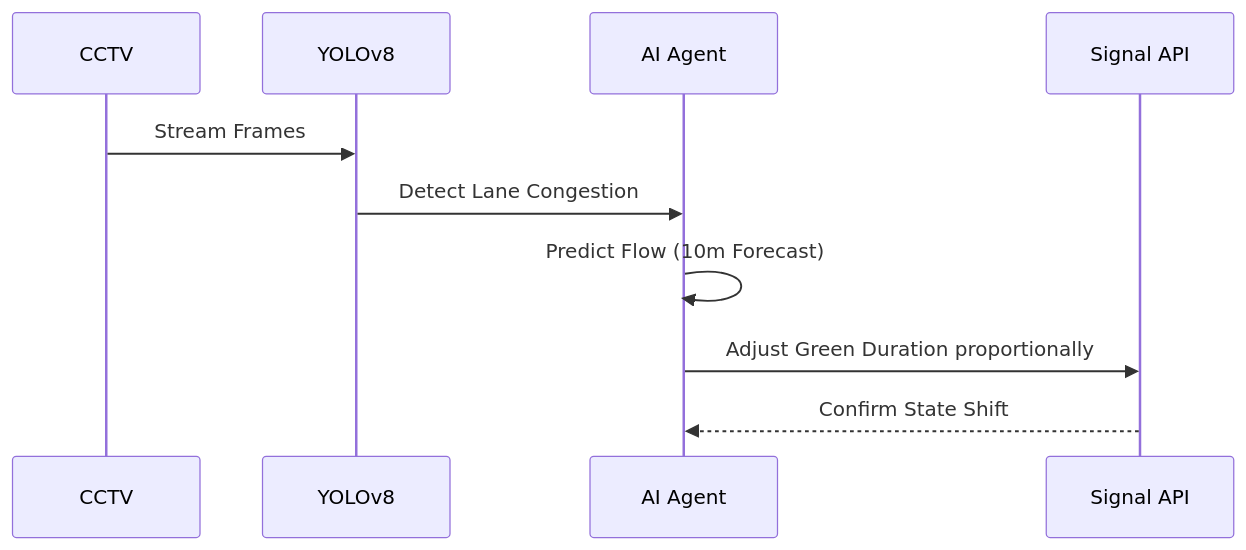
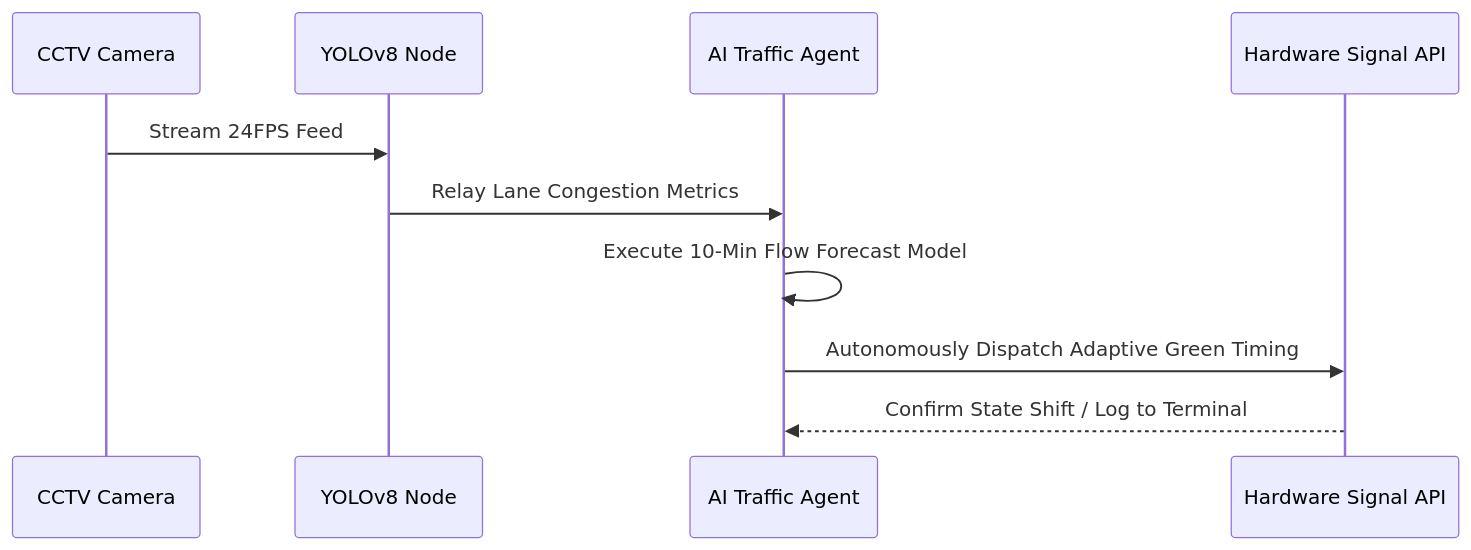
The second of 2 diagrams in README.md (vaishnavi-ctrl-jpg/SIGNAL-X), drawn with Mermaid before and after one commit. The commit also changed other lines of this file, not shown here.

````diff
--- a/README.md
+++ b/README.md
@@ -35,12 +35,12 @@
 ```mermaid
 sequenceDiagram
-    participant Cam as CCTV
-    participant Vision as YOLOv8
-    participant Agent as AI Agent
-    participant Sig as Signal API
-    Cam->>Vision: Stream Frames
-    Vision->>Agent: Detect Lane Congestion
-    Agent->>Agent: Predict Flow (10m Forecast)
-    Agent->>Sig: Adjust Green Duration proportionally
-    Sig-->>Agent: Confirm State Shift
+    participant Cam as CCTV Camera
+    participant Vision as YOLOv8 Node
+    participant Agent as AI Traffic Agent
+    participant Sig as Hardware Signal API
+    Cam->>Vision: Stream 24FPS Feed
+    Vision->>Agent: Relay Lane Congestion Metrics
+    Agent->>Agent: Execute 10-Min Flow Forecast Model
+    Agent->>Sig: Autonomously Dispatch Adaptive Green Timing
+    Sig-->>Agent: Confirm State Shift / Log to Terminal
 ```
````
